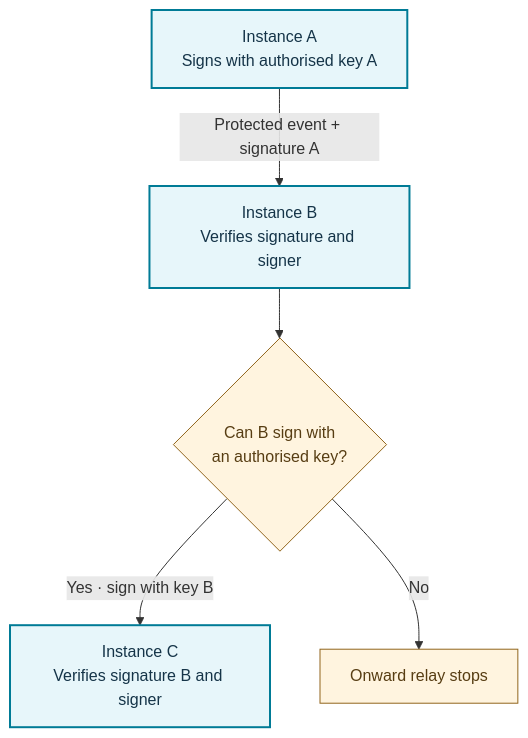
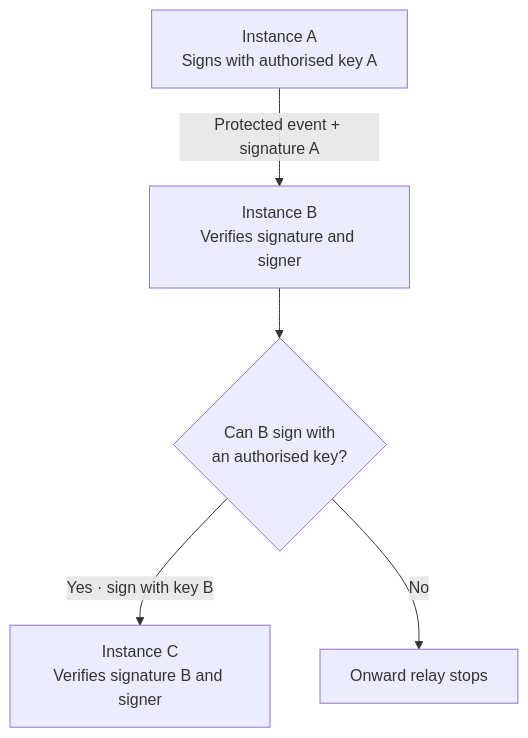
One commit to MISP/misp-book changed the diagram in cryptographic-keys/figures/protected-sync.mmd. Above: the diagram before and after it, drawn with Mermaid. The commit also changed 43 other files, not shown here.

Commit message:
Apply a shared MISP theme and logo to all book diagrams

```diff
--- a/cryptographic-keys/figures/protected-sync.mmd
+++ b/cryptographic-keys/figures/protected-sync.mmd
@@ -1,11 +1,9 @@
 flowchart TB
   accTitle: Protected events are signed and checked at each ordinary synchronization hop
   accDescr: A signs with an instance key listed on the event. B checks the signature and authorised signer before accepting the protected event. To relay it, B must sign with its own instance key, which must also be on the authorised list. C checks B's signature. If B cannot sign with an authorised key, onward relay stops. This describes ordinary external synchronization, not privileged administrator or internal-sync trust paths.
   A["Instance A<br/>Signs with authorised key A"] -->|"Protected event + signature A"| B["Instance B<br/>Verifies signature and signer"]
   B --> Q{"Can B sign with<br/>an authorised key?"}
   Q -->|"Yes · sign with key B"| C["Instance C<br/>Verifies signature B and signer"]
   Q -->|"No"| S["Onward relay stops"]
-  classDef instance fill:#e7f6fa,stroke:#007b96,color:#153448,stroke-width:2px;
-  classDef limited fill:#fff4df,stroke:#91651c,color:#573d13;
-  class A,B,C instance;
-  class Q,S limited;
+  class A,B,C accent;
+  class Q,S caution;
```
